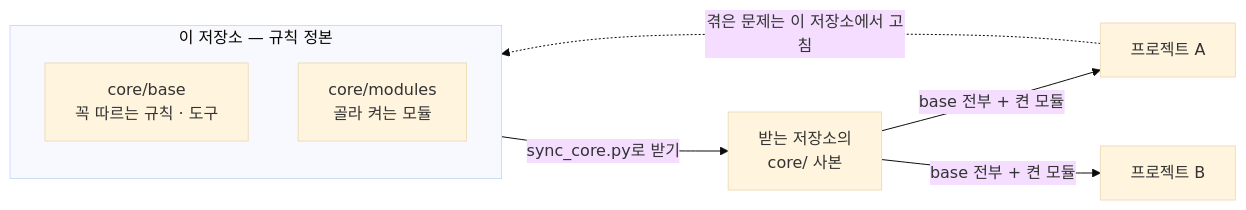
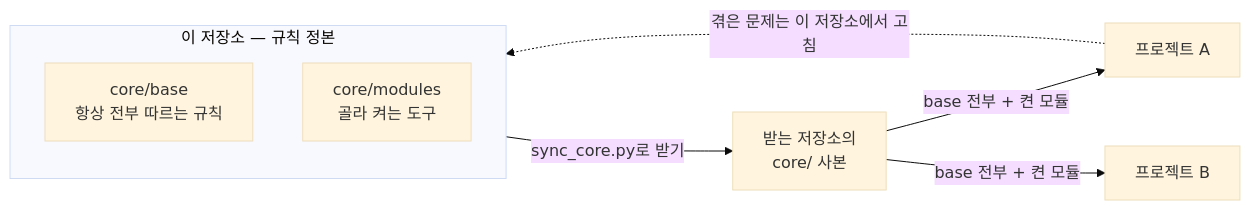
Before and after one commit to RyuSeoJin/rsj-centralized-control: the diagram in README.md, drawn with Mermaid (base theme). The commit also changed other lines of this file, not shown here.

````diff
--- a/README.md
+++ b/README.md
@@ -8,12 +17,12 @@
 ```mermaid
 flowchart LR
   subgraph C["이 저장소 — 규칙 정본"]
     direction TB
-    B["core/base<br/>꼭 따르는 규칙 · 도구"]
-    M["core/modules<br/>골라 켜는 모듈"]
+    B["core/base<br/>항상 전부 따르는 규칙"]
+    M["core/modules<br/>골라 켜는 도구"]
   end
   C -->|sync_core.py로 받기| RC["받는 저장소의<br/>core/ 사본"]
   RC -->|base 전부 + 켠 모듈| P1["프로젝트 A"]
   RC -->|base 전부 + 켠 모듈| P2["프로젝트 B"]
   P1 -.->|겪은 문제는 이 저장소에서 고침| C
 ```
````
